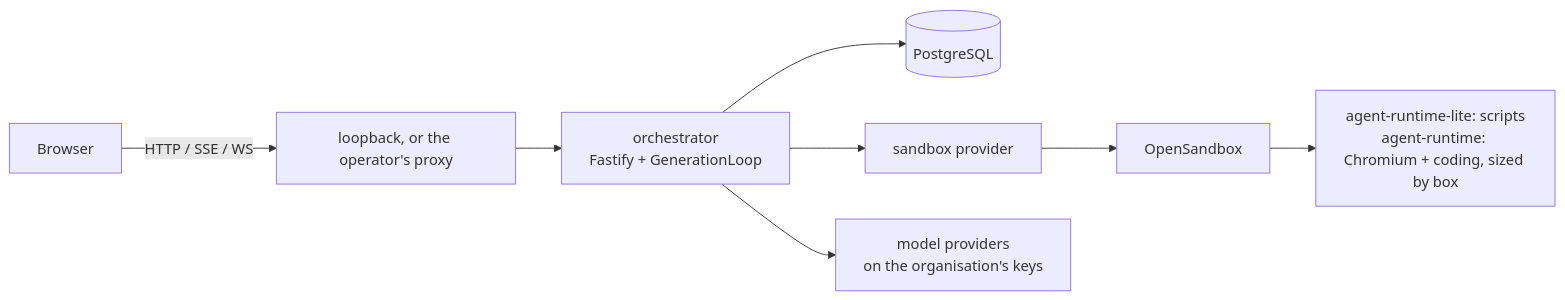
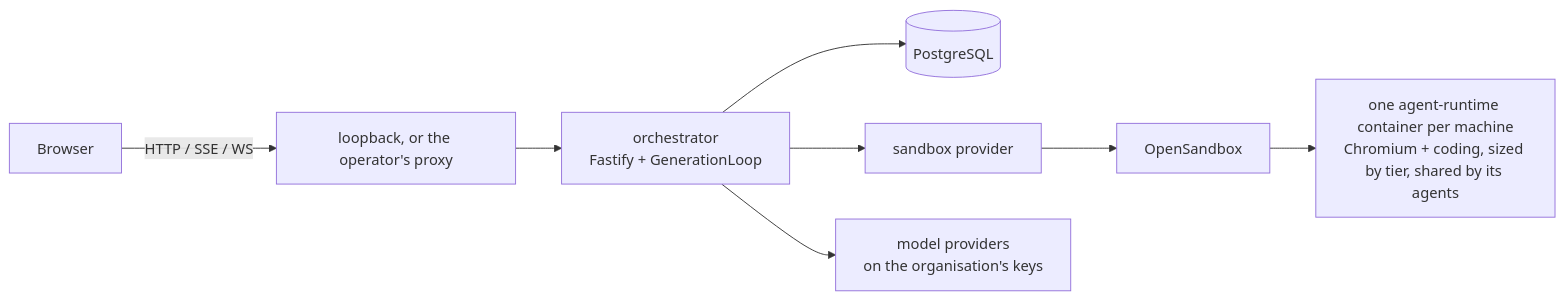
Before and after one commit to CigaleAI/guilds: the first of 4 diagrams in docs/architecture/code-map.md, drawn with Mermaid. The commit also changed other lines of this file and 174 other files, not shown here.

Commit message:
Per org machines instead of per agent

````diff
--- a/docs/architecture/code-map.md
+++ b/docs/architecture/code-map.md
@@ -14,10 +14,10 @@
 ```mermaid
 flowchart LR
   Browser["Browser"] -->|HTTP / SSE / WS| Ingress["loopback, or the operator's proxy"]
   Ingress --> Orch["orchestrator<br/>Fastify + GenerationLoop"]
   Orch --> PG[(PostgreSQL)]
   Orch --> Place["sandbox provider"]
   Place --> OS[OpenSandbox]
   Orch --> LLM[model providers<br/>on the organisation's keys]
-  OS --> Docker["agent-runtime-lite: scripts<br/>agent-runtime: Chromium + coding, sized by box"]
+  OS --> Docker["one agent-runtime container per machine<br/>Chromium + coding, sized by tier, shared by its agents"]
 ```
````
